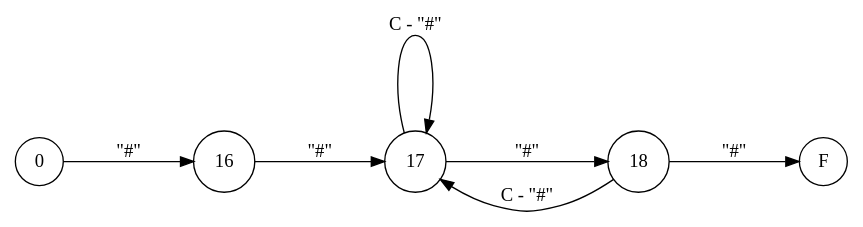
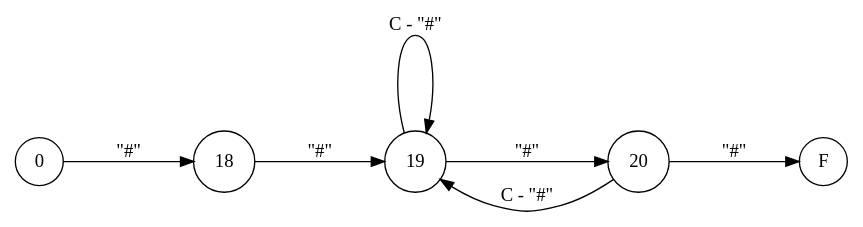
One commit to iroumec/RouVel-Compiler changed the diagram in resources/FA/FADiagrams/comments.dot. Above: the diagram before and after it, drawn with Graphviz. The commit also changed 4 other files, not shown here.

```diff
--- a/resources/FA/FADiagrams/comments.dot
+++ b/resources/FA/FADiagrams/comments.dot
@@ -1,18 +1,18 @@
 digraph DFA {
     // Layout más libre y cuadrado
     splines = true;
     overlap = false;
     nodesep = 1;
     ranksep = 1;
     rankdir = LR;
     
     // Estados normales.
     node [shape = circle;];
     
-    0 -> 16 [label = "\"#\"";];
-    16 -> 17 [label = "\"#\"";];
-    17 -> 17 [label = "C - \"#\"";];
-    17 -> 18 [label = "\"#\"";];
-    18 -> 17 [label = "C - \"#\"";];
-    18 -> F [label = "\"#\"";];
+    0 -> 18 [label = "\"#\"";];
+    18 -> 19 [label = "\"#\"";];
+    19 -> 19 [label = "C - \"#\"";];
+    19 -> 20 [label = "\"#\"";];
+    20 -> 19 [label = "C - \"#\"";];
+    20 -> F [label = "\"#\"";];
 }
```
